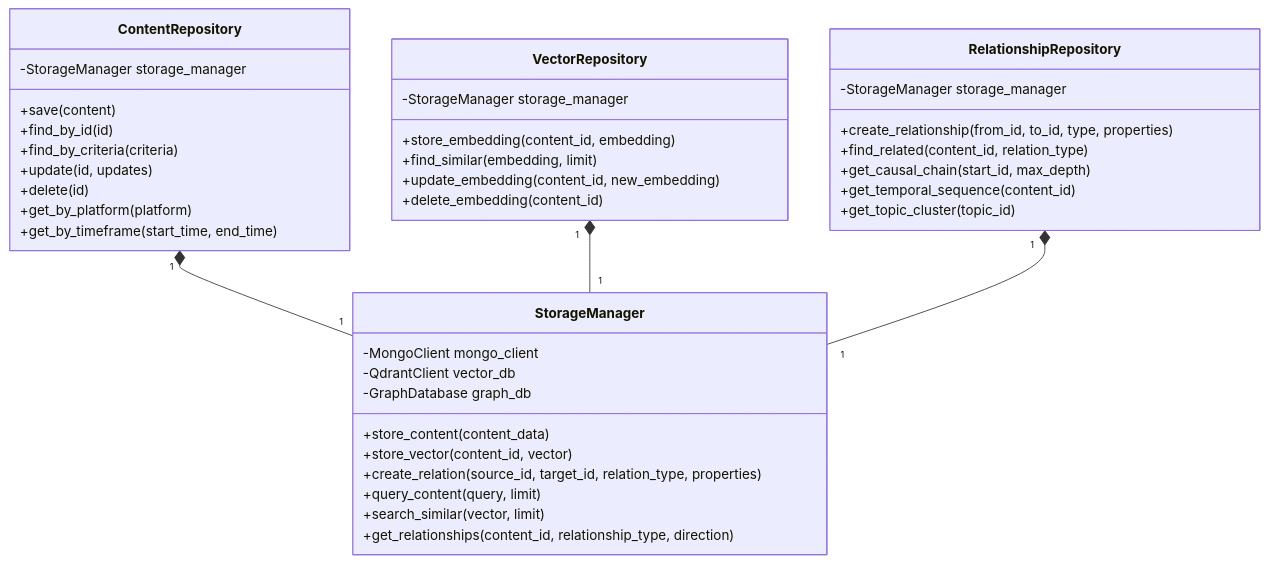
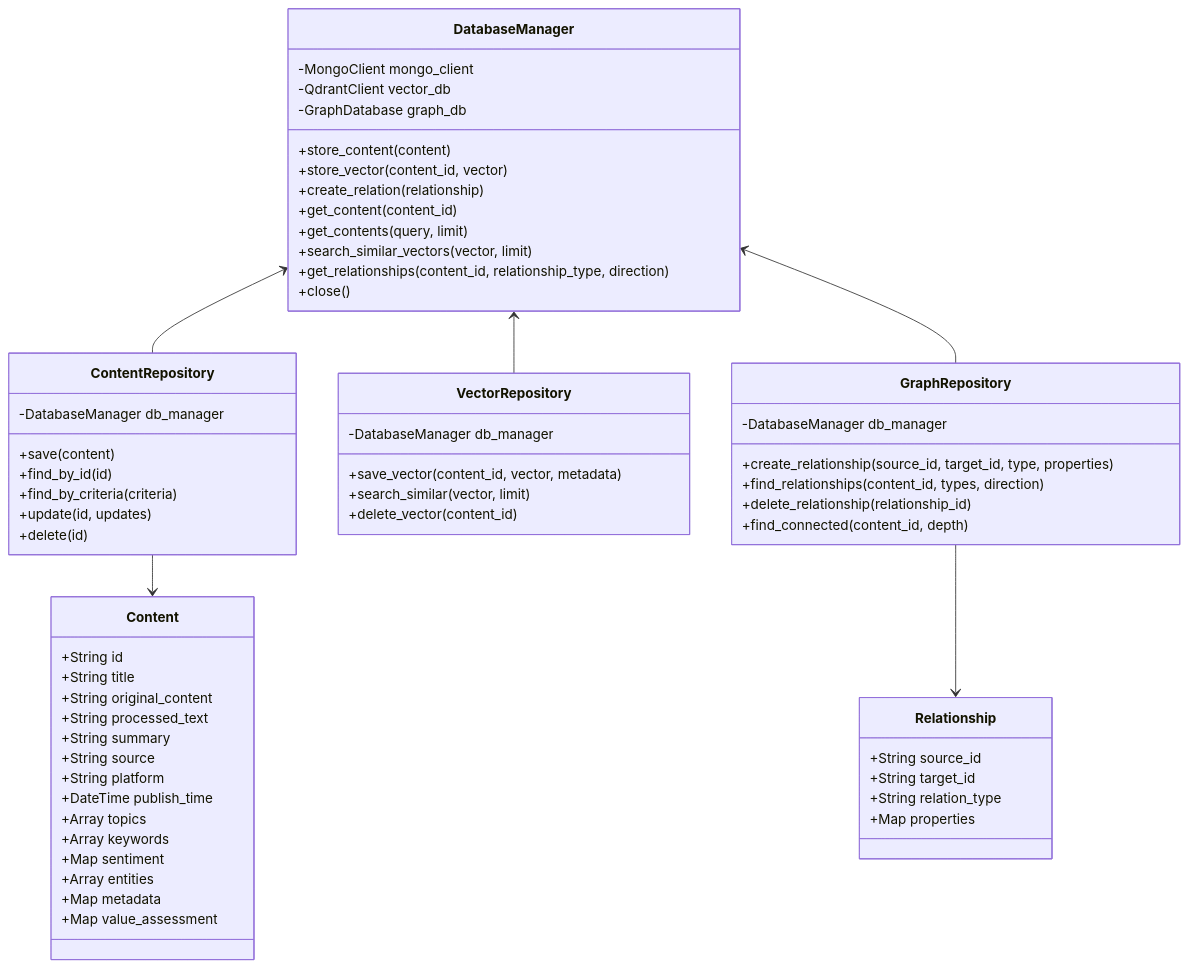
Before and after one commit to gtarcoder/insight-flow: the fourth of 9 diagrams in docs/architecture.md, drawn with Mermaid. The commit also changed other lines of this file and 21 other files, not shown here.

````diff
--- a/docs/architecture.md
+++ b/docs/architecture.md
@@ -165,46 +165,70 @@
 ```mermaid
 classDiagram
-    class StorageManager {
+    class DatabaseManager {
         -MongoClient mongo_client
         -QdrantClient vector_db
         -GraphDatabase graph_db
-        +store_content(content_data)
+        +store_content(content)
         +store_vector(content_id, vector)
-        +create_relation(source_id, target_id, relation_type, properties)
-        +query_content(query, limit)
-        +search_similar(vector, limit)
+        +create_relation(relationship)
+        +get_content(content_id)
+        +get_contents(query, limit)
+        +search_similar_vectors(vector, limit)
         +get_relationships(content_id, relationship_type, direction)
+        +close()
     }
     
     class ContentRepository {
-        -StorageManager storage_manager
+        -DatabaseManager db_manager
         +save(content)
         +find_by_id(id)
         +find_by_criteria(criteria)
         +update(id, updates)
         +delete(id)
-        +get_by_platform(platform)
-        +get_by_timeframe(start_time, end_time)
     }
     
     class VectorRepository {
-        -StorageManager storage_manager
-        +store_embedding(content_id, embedding)
-        +find_similar(embedding, limit)
-        +update_embedding(content_id, new_embedding)
-        +delete_embedding(content_id)
+        -DatabaseManager db_manager
+        +save_vector(content_id, vector, metadata)
+        +search_similar(vector, limit)
+        +delete_vector(content_id)
     }
     
-    class RelationshipRepository {
-        -StorageManager storage_manager
-        +create_relationship(from_id, to_id, type, properties)
-        +find_related(content_id, relation_type)
-        +get_causal_chain(start_id, max_depth)
-        +get_temporal_sequence(content_id)
-        +get_topic_cluster(topic_id)
+    class GraphRepository {
+        -DatabaseManager db_manager
+        +create_relationship(source_id, target_id, type, properties)
+        +find_relationships(content_id, types, direction)
+        +delete_relationship(relationship_id)
+        +find_connected(content_id, depth)
     }
     
-    ContentRepository "1" *-- "1" StorageManager
-    VectorRepository "1" *-- "1" StorageManager
-    RelationshipRepository "1" *-- "1" StorageManager
+    class Content {
+        +String id
+        +String title
+        +String original_content
+        +String processed_text
+        +String summary
+        +String source
+        +String platform
+        +DateTime publish_time
+        +Array topics
+        +Array keywords
+        +Map sentiment
+        +Array entities
+        +Map metadata
+        +Map value_assessment
+    }
+    
+    class Relationship {
+        +String source_id
+        +String target_id
+        +String relation_type
+        +Map properties
+    }
+    
+    DatabaseManager <-- ContentRepository
+    DatabaseManager <-- VectorRepository
+    DatabaseManager <-- GraphRepository
+    ContentRepository --> Content
+    GraphRepository --> Relationship
 ```
````
